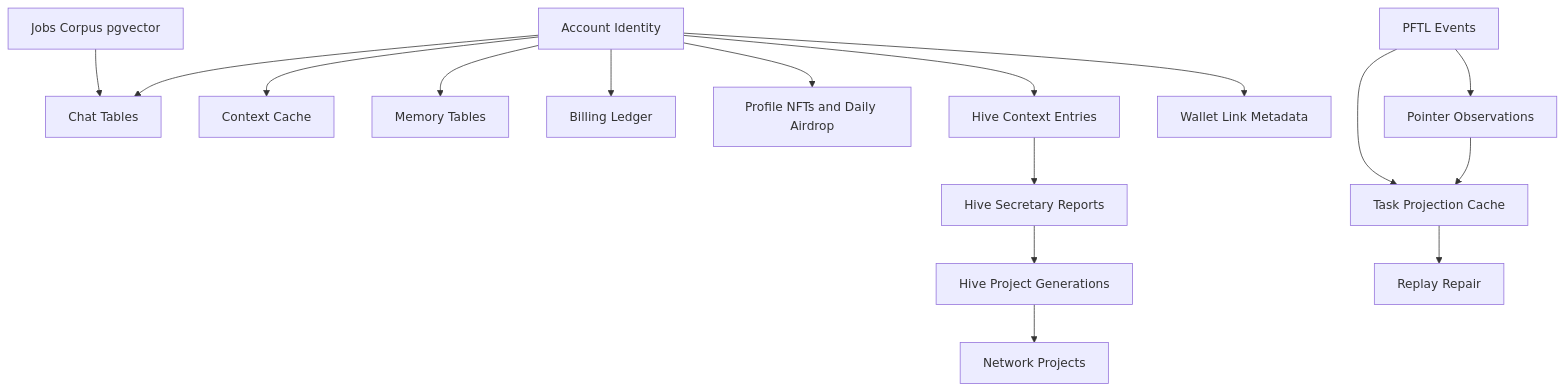
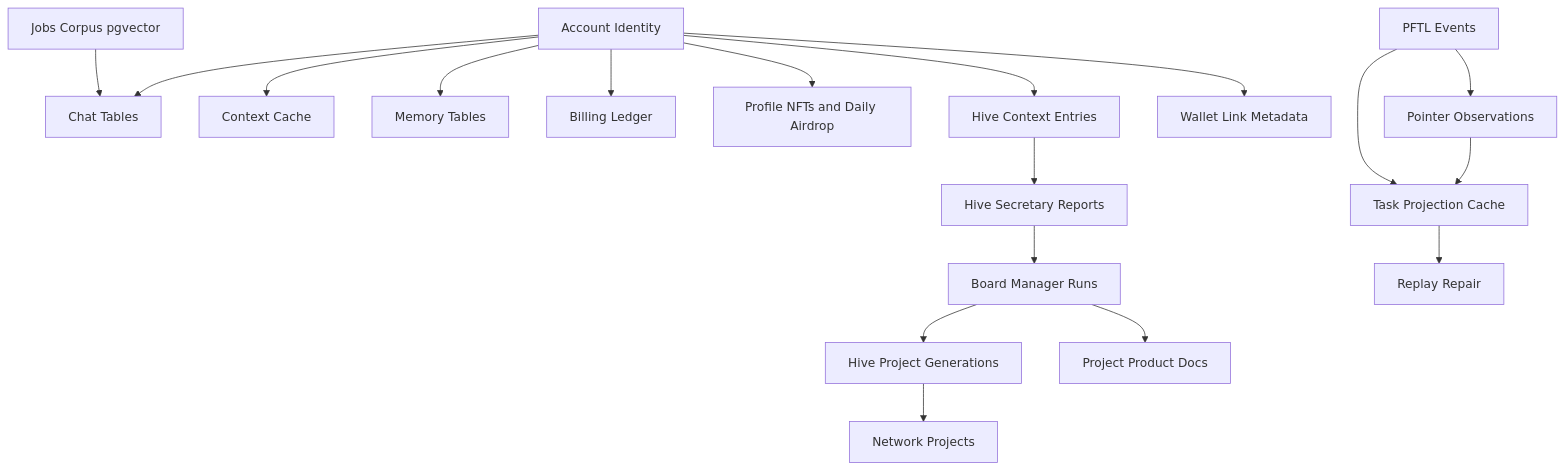
Before and after one commit to postfiatorg/tasknode: the diagram in docs/wiki/architecture/database.md, drawn with Mermaid. The commit also changed other lines of this file and 6 other files, not shown here.

Commit message:
Center Hive planning on Board Manager

````diff
--- a/docs/wiki/architecture/database.md
+++ b/docs/wiki/architecture/database.md
@@ -104,18 +116,20 @@
 ```mermaid
 flowchart TB
   Account[Account Identity] --> Chat[Chat Tables]
   Account --> Context[Context Cache]
   Account --> Memory[Memory Tables]
   Account --> Billing[Billing Ledger]
   Account --> Profile[Profile NFTs and Daily Airdrop]
   Account --> HiveContext[Hive Context Entries]
   HiveContext --> HiveSecretary[Hive Secretary Reports]
-  HiveSecretary --> HivePlanner[Hive Project Generations]
+  HiveSecretary --> BoardManager[Board Manager Runs]
+  BoardManager --> HivePlanner[Hive Project Generations]
   HivePlanner --> HiveProjects[Network Projects]
+  BoardManager --> ProductDocs[Project Product Docs]
   Account --> Wallet[Wallet Link Metadata]
   Jobs[Jobs Corpus pgvector] --> Chat
   PFTL[PFTL Events] --> TaskCache[Task Projection Cache]
   PFTL --> PointerObs[Pointer Observations]
   PointerObs --> TaskCache
   TaskCache --> Replay[Replay Repair]
 ```
````
